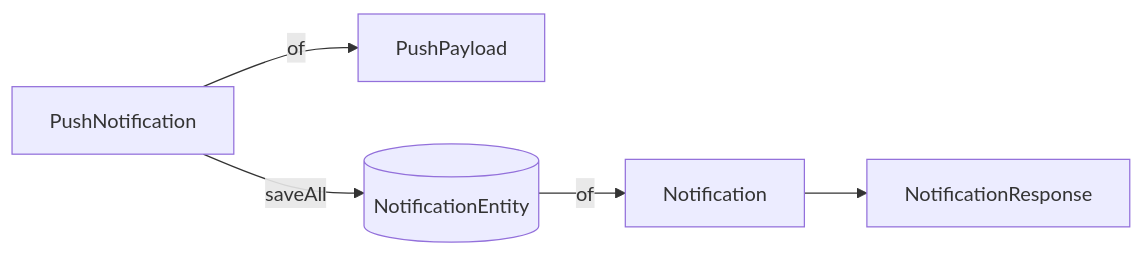
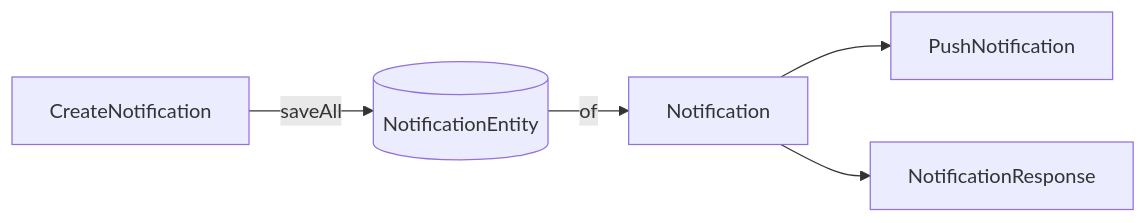
One commit to mortonCareer/bconnect changed the second of 2 diagrams in apps/api/docs/notification-architecture.md. Above: the diagram before and after it, drawn with Mermaid. The commit also changed other lines of this file and 37 other files, not shown here.

````diff
--- a/apps/api/docs/notification-architecture.md
+++ b/apps/api/docs/notification-architecture.md
@@ -53,7 +53,7 @@
 ```mermaid
 graph LR
-    Cmd[PushNotification] -->|of| Pay[PushPayload]
-    Cmd -->|saveAll| Ent[(NotificationEntity)]
+    Cmd[CreateNotification] -->|saveAll| Ent[(NotificationEntity)]
     Ent -->|of| Dom[Notification]
+    Dom --> Push[PushNotification]
     Dom --> Res[NotificationResponse]
 ```
````
